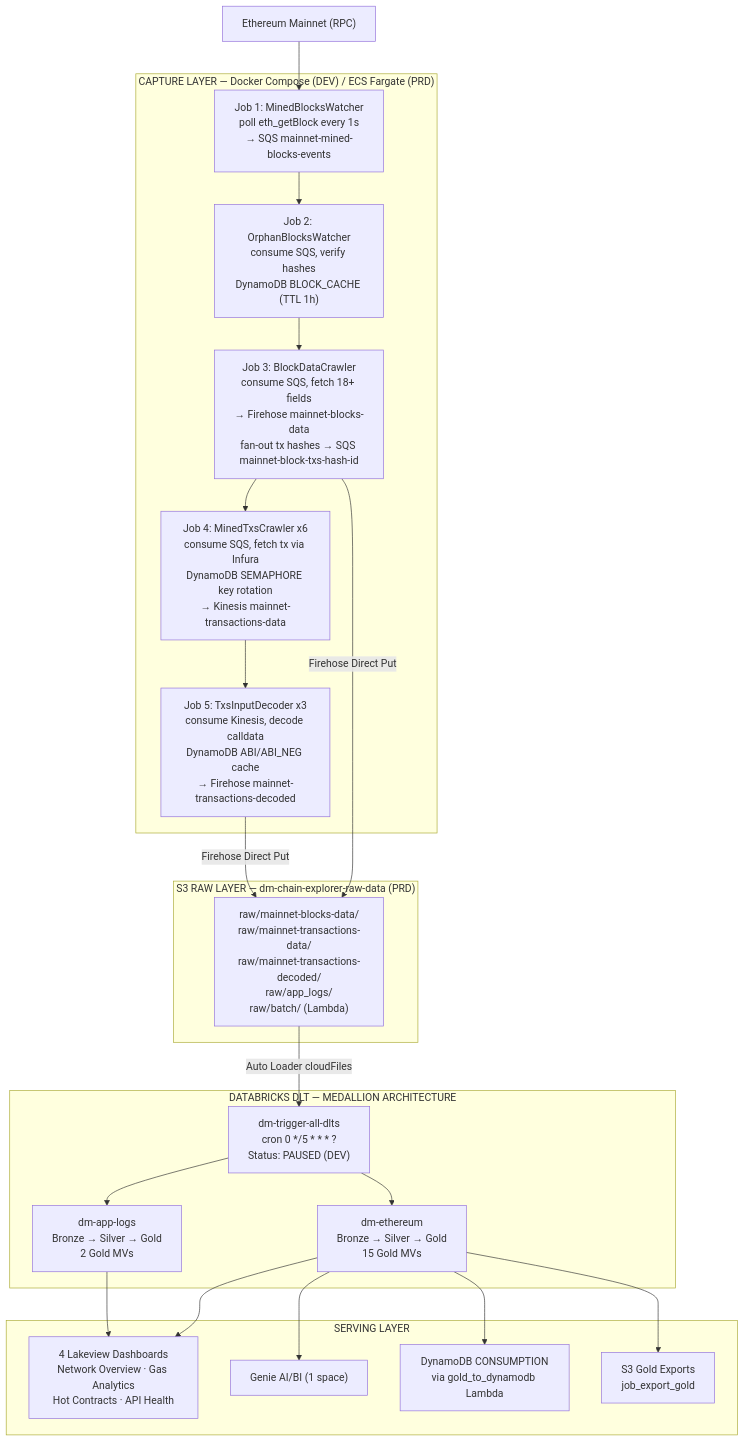
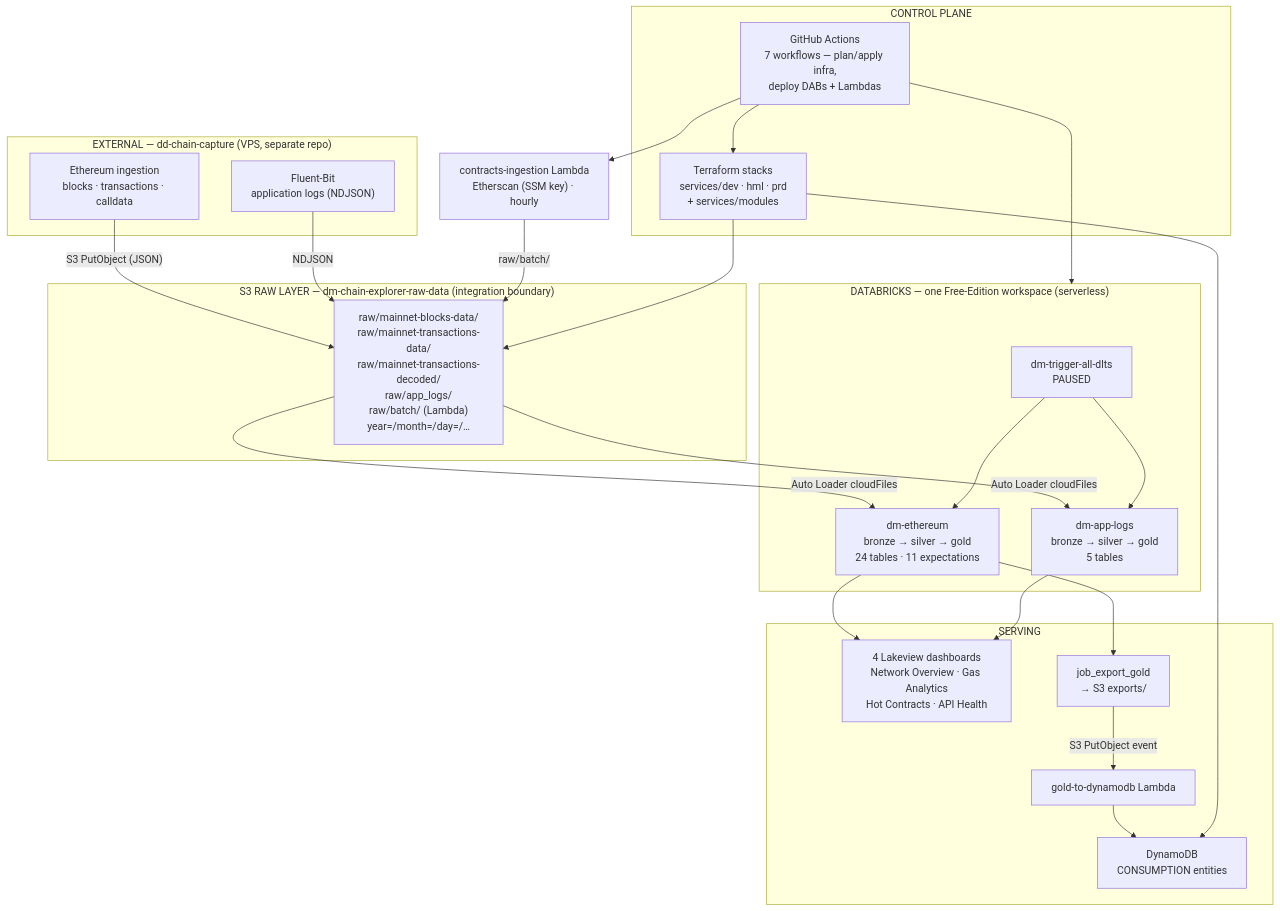
The first of 3 diagrams in specs/memory/architecture.md (marcoaureliomenezes/dd_chain_explorer), drawn with Mermaid before and after one commit. The commit also changed other lines of this file and 15 other files, not shown here.

````diff
--- a/specs/memory/architecture.md
+++ b/specs/memory/architecture.md
@@ -33,45 +50,49 @@
 ```mermaid
 flowchart TD
-  ETH["Ethereum Mainnet (RPC)"]
-
-  subgraph CAPTURE ["CAPTURE LAYER — Docker Compose (DEV) / ECS Fargate (PRD)"]
-    J1["Job 1: MinedBlocksWatcher\npoll eth_getBlock every 1s\n→ SQS mainnet-mined-blocks-events"]
-    J2["Job 2: OrphanBlocksWatcher\nconsume SQS, verify hashes\nDynamoDB BLOCK_CACHE (TTL 1h)"]
-    J3["Job 3: BlockDataCrawler\nconsume SQS, fetch 18+ fields\n→ Firehose mainnet-blocks-data\nfan-out tx hashes → SQS mainnet-block-txs-hash-id"]
-    J4["Job 4: MinedTxsCrawler x6\nconsume SQS, fetch tx via Infura\nDynamoDB SEMAPHORE key rotation\n→ Kinesis mainnet-transactions-data"]
-    J5["Job 5: TxsInputDecoder x3\nconsume Kinesis, decode calldata\nDynamoDB ABI/ABI_NEG cache\n→ Firehose mainnet-transactions-decoded"]
+  subgraph EXT ["EXTERNAL — dd-chain-capture (VPS, separate repo)"]
+    CAP["Ethereum ingestion<br/>blocks · transactions · calldata"]
+    FB["Fluent-Bit<br/>application logs (NDJSON)"]
   end
 
-  subgraph S3RAW ["S3 RAW LAYER — dm-chain-explorer-raw-data (PRD)"]
-    S3["raw/mainnet-blocks-data/\nraw/mainnet-transactions-data/\nraw/mainnet-transactions-decoded/\nraw/app_logs/\nraw/batch/ (Lambda)"]
+  subgraph S3RAW ["S3 RAW LAYER — dm-chain-explorer-raw-data (integration boundary)"]
+    S3["raw/mainnet-blocks-data/<br/>raw/mainnet-transactions-data/<br/>raw/mainnet-transactions-decoded/<br/>raw/app_logs/<br/>raw/batch/ (Lambda)<br/>year=/month=/day=/…"]
   end
 
-  subgraph DLT ["DATABRICKS DLT — MEDALLION ARCHITECTURE"]
-    TRIG["dm-trigger-all-dlts\ncron 0 */5 * * * ?\nStatus: PAUSED (DEV)"]
-    PIPE1["dm-ethereum\nBronze → Silver → Gold\n15 Gold MVs"]
-    PIPE2["dm-app-logs\nBronze → Silver → Gold\n2 Gold MVs"]
+  subgraph DBX ["DATABRICKS — one Free-Edition workspace (serverless)"]
+    TRIG["dm-trigger-all-dlts<br/>PAUSED"]
+    PIPE1["dm-ethereum<br/>bronze → silver → gold<br/>24 tables · 11 expectations"]
+    PIPE2["dm-app-logs<br/>bronze → silver → gold<br/>5 tables"]
   end
 
-  subgraph SERVING ["SERVING LAYER"]
-    DASH["4 Lakeview Dashboards\nNetwork Overview · Gas Analytics\nHot Contracts · API Health"]
-    GENIE["Genie AI/BI (1 space)"]
-    DYNAMO["DynamoDB CONSUMPTION\nvia gold_to_dynamodb Lambda"]
-    S3EXP["S3 Gold Exports\njob_export_gold"]
+  subgraph SERVE ["SERVING"]
+    DASH["4 Lakeview dashboards<br/>Network Overview · Gas Analytics<br/>Hot Contracts · API Health"]
+    EXP["job_export_gold<br/>→ S3 exports/"]
+    LMB["gold-to-dynamodb Lambda"]
+    DDB["DynamoDB<br/>CONSUMPTION entities"]
   end
 
-  ETH --> J1
-  J1 --> J2
-  J2 --> J3
-  J3 --> J4
-  J4 --> J5
-  J3 -->|Firehose Direct Put| S3
-  J5 -->|Firehose Direct Put| S3
-  S3 -->|Auto Loader cloudFiles| TRIG
+  subgraph CTRL ["CONTROL PLANE"]
+    TF["Terraform stacks<br/>services/dev · hml · prd<br/>+ services/modules"]
+    CI["GitHub Actions<br/>7 workflows — plan/apply infra,<br/>deploy DABs + Lambdas"]
+  end
+
+  LAMBDA["contracts-ingestion Lambda<br/>Etherscan (SSM key) · hourly"]
+
+  CAP -->|"S3 PutObject (JSON)"| S3
+  FB -->|"NDJSON"| S3
+  LAMBDA -->|"raw/batch/"| S3
+  S3 -->|"Auto Loader cloudFiles"| PIPE1
+  S3 -->|"Auto Loader cloudFiles"| PIPE2
   TRIG --> PIPE1
   TRIG --> PIPE2
   PIPE1 --> DASH
-  PIPE1 --> GENIE
-  PIPE1 --> DYNAMO
-  PIPE1 --> S3EXP
   PIPE2 --> DASH
+  PIPE1 --> EXP
+  EXP -->|"S3 PutObject event"| LMB
+  LMB --> DDB
+  CI --> TF
+  CI --> DBX
+  CI --> LAMBDA
+  TF --> S3
+  TF --> DDB
 ```
````
